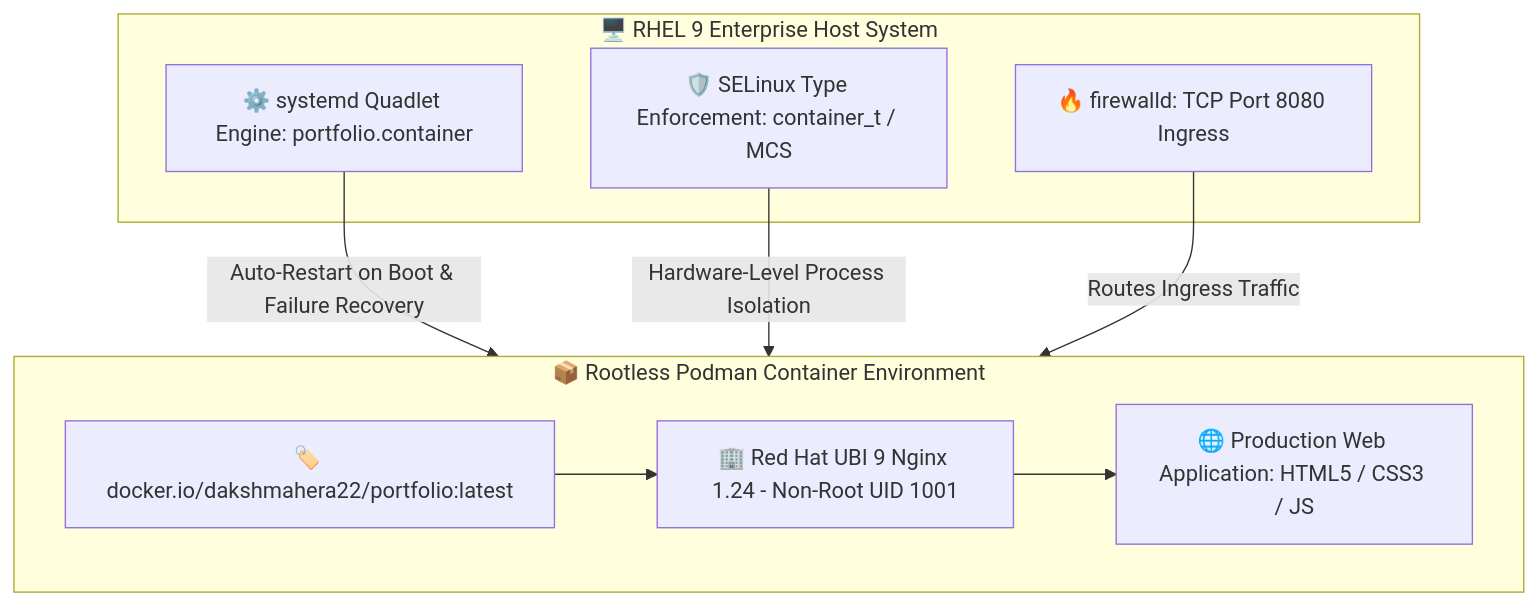
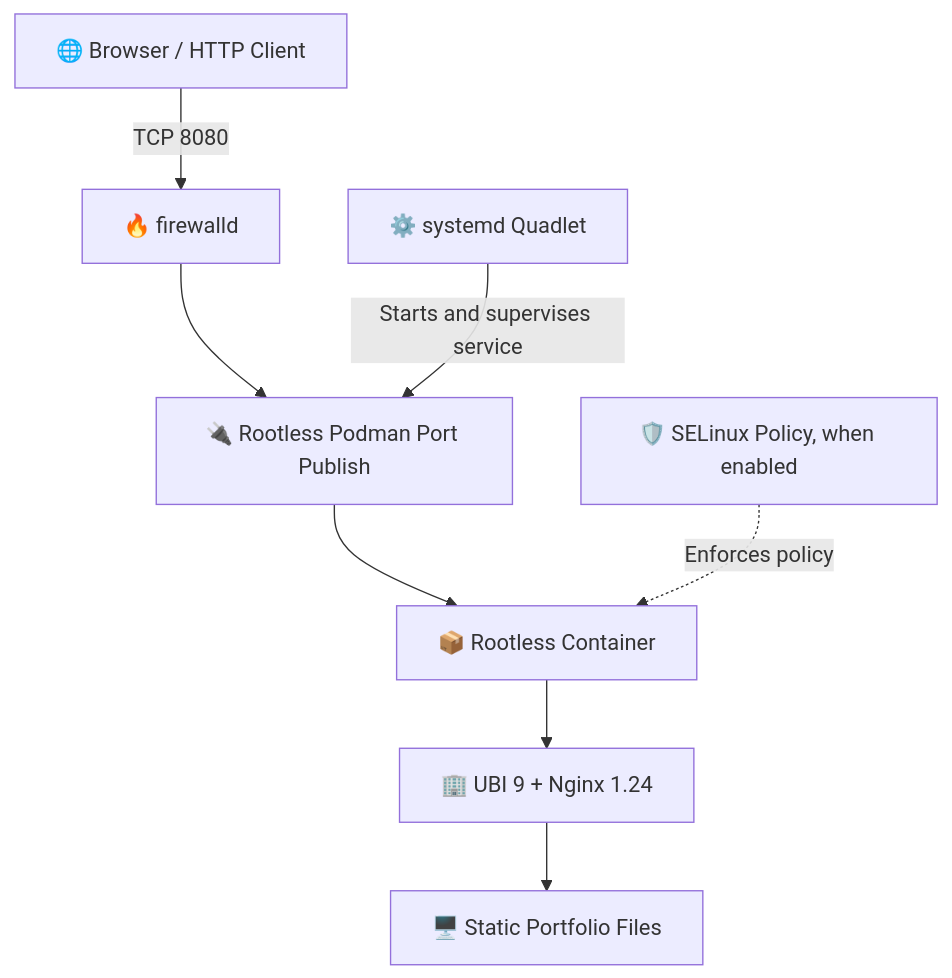
Before and after one commit to dakshxndrm/mera-portfolio: the diagram in README.md, drawn with Mermaid. The commit also changed other lines of this file, not shown here.

````diff
--- a/README.md
+++ b/README.md
@@ -61,20 +127,10 @@
 ```mermaid
 flowchart TD
-    subgraph Host[🖥️ RHEL 9 Enterprise Host System]
-        FW[🔥 firewalld: TCP Port 8080 Ingress]
-        SYS[⚙️ systemd Quadlet Engine: portfolio.container]
-        SEL[🛡️ SELinux Type Enforcement: container_t / MCS]
-    end
-
-    subgraph OCI[📦 Rootless Podman Container Environment]
-        IMG[🏷️ docker.io/dakshmahera22/portfolio:latest]
-        UBI[🏢 Red Hat UBI 9 Nginx 1.24 - Non-Root UID 1001]
-        WEB[🌐 Production Web Application: HTML5 / CSS3 / JS]
-    end
-
-    SYS -->|Auto-Restart on Boot & Failure Recovery| OCI
-    SEL -->|Hardware-Level Process Isolation| OCI
-    FW -->|Routes Ingress Traffic| OCI
-    IMG --> UBI
-    UBI --> WEB
+    B[🌐 Browser / HTTP Client] -->|TCP 8080| F[🔥 firewalld]
+    F --> P[🔌 Rootless Podman Port Publish]
+    Q[⚙️ systemd Quadlet] -->|Starts and supervises service| P
+    P --> C[📦 Rootless Container]
+    C --> N[🏢 UBI 9 + Nginx 1.24]
+    N --> W[🖥️ Static Portfolio Files]
+    S[🛡️ SELinux Policy, when enabled] -. Enforces policy .-> C
 ```
````
